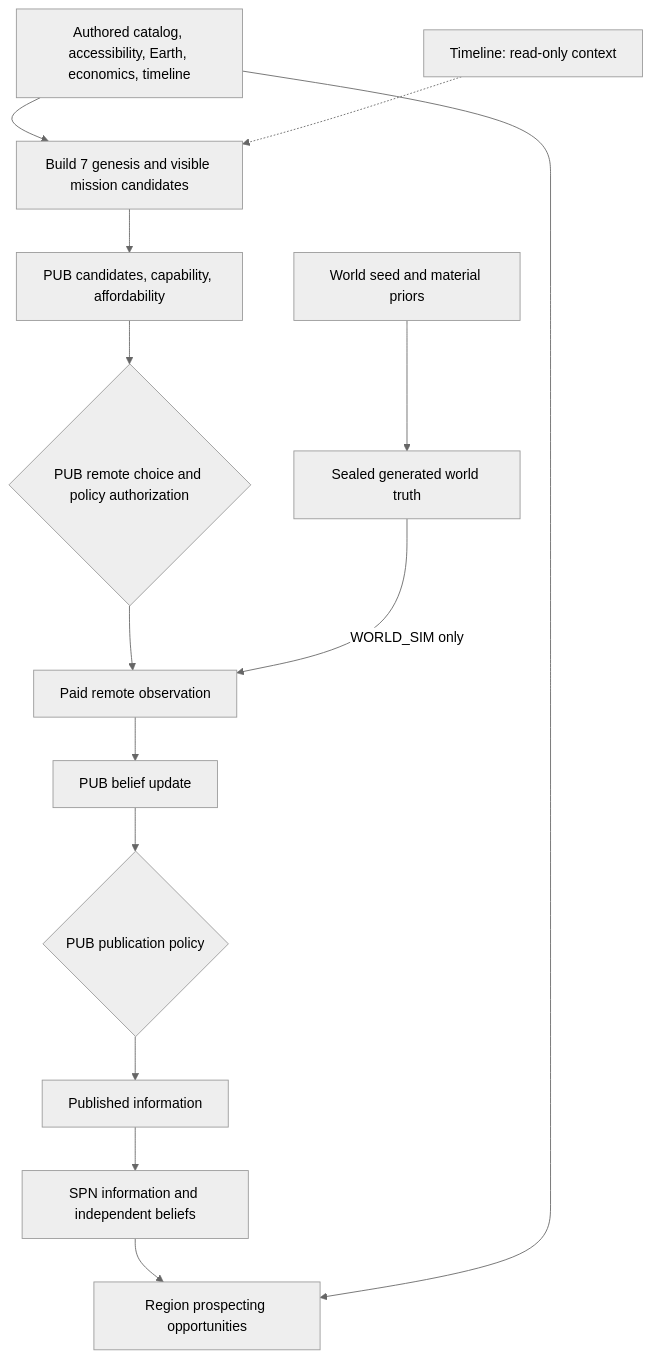
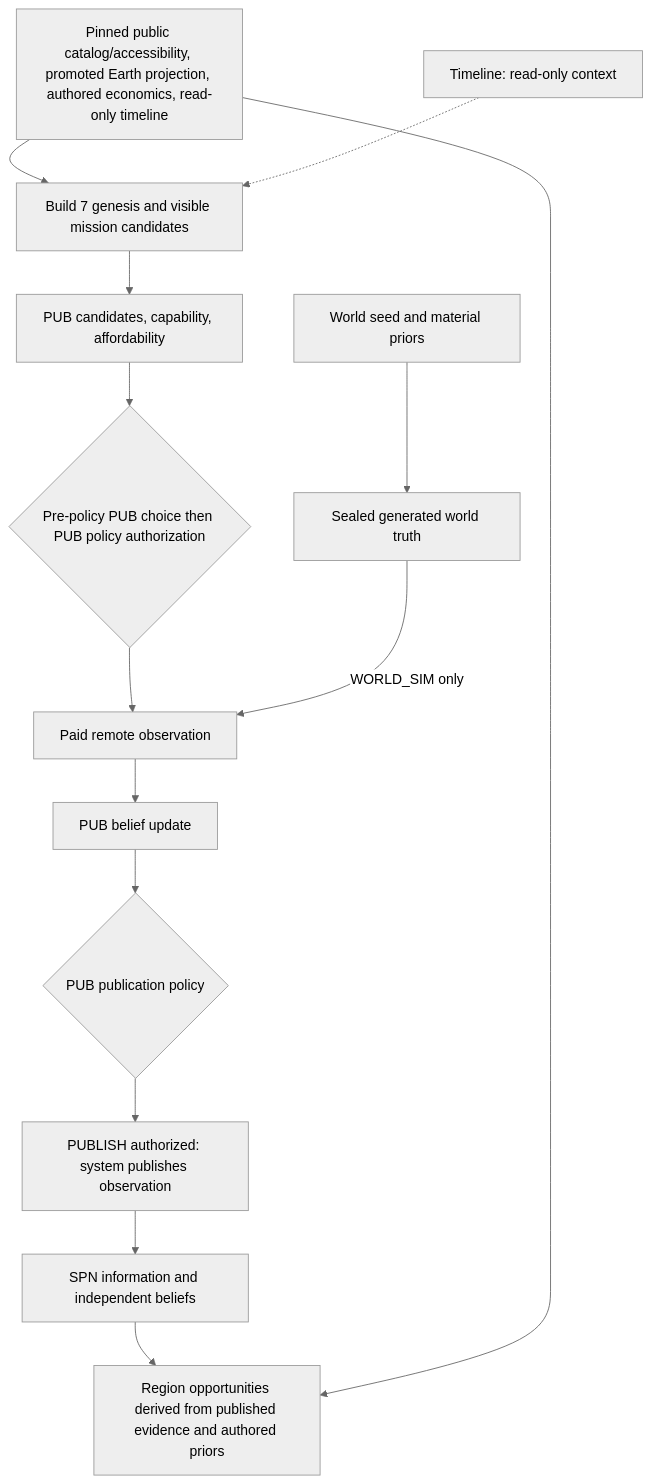
Before and after one commit to loom-2226/loom-2226: the third of 11 diagrams in simulation/offworld_mvp/build7/atlas/ATLAS.md, drawn with Mermaid (neutral theme). The commit also changed other lines of this file and 8 other files, not shown here.

````diff
--- a/simulation/offworld_mvp/build7/atlas/ATLAS.md
+++ b/simulation/offworld_mvp/build7/atlas/ATLAS.md
@@ -70,16 +70,16 @@
 ```mermaid
 flowchart TD
-  I["Authored catalog, accessibility, Earth, economics, timeline"] --> G["Build 7 genesis and visible mission candidates"]
+  I["Pinned public catalog/accessibility, promoted Earth projection, authored economics, read-only timeline"] --> G["Build 7 genesis and visible mission candidates"]
   SEED["World seed and material priors"] --> W["Sealed generated world truth"]
   G --> PUB["PUB candidates, capability, affordability"]
-  PUB --> CH{"PUB remote choice and policy authorization"}
+  PUB --> CH{"Pre-policy PUB choice then PUB policy authorization"}
   CH --> OBS["Paid remote observation"]
   W -->|"WORLD_SIM only"| OBS
   OBS --> B["PUB belief update"]
   B --> P{"PUB publication policy"}
-  P --> INFO["Published information"]
+  P --> INFO["PUBLISH authorized: system publishes observation"]
   INFO --> SB["SPN information and independent beliefs"]
-  SB --> OPP["Region prospecting opportunities"]
+  SB --> OPP["Region opportunities derived from published evidence and authored priors"]
   I --> OPP
   T["Timeline: read-only context"] -.-> G
 ```
````
